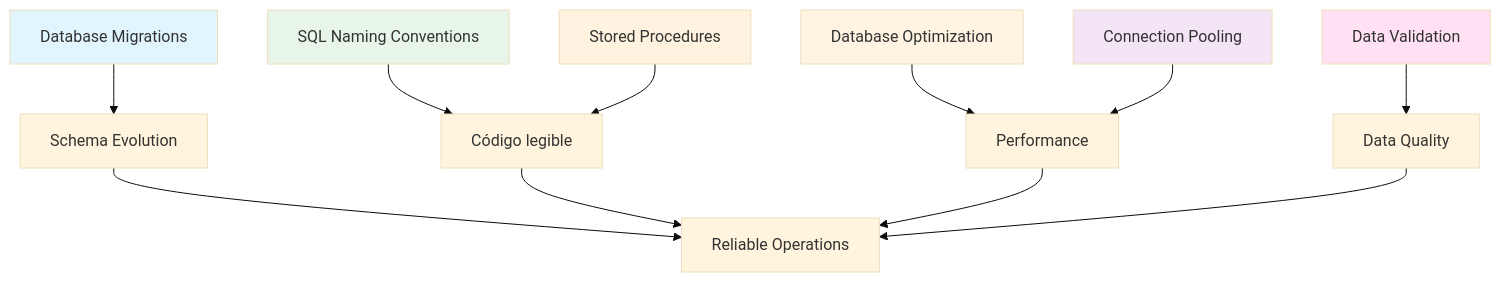
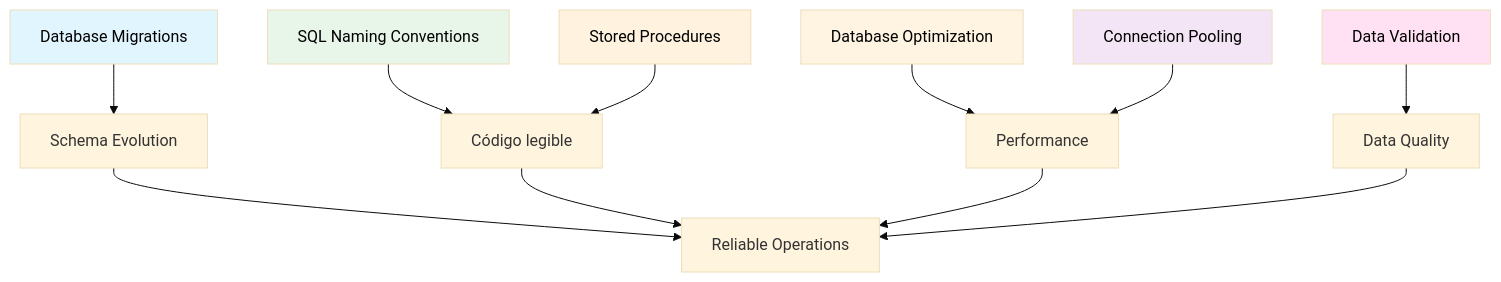
The diagram in docs/fundamentos-corporativos/estandares/datos/database-standards.md (jclemente-tlm/tlm-doc-architecture), drawn with Mermaid (base theme) before and after one commit. The commit also changed 21 other files, not shown here.

````diff
--- a/docs/fundamentos-corporativos/estandares/datos/database-standards.md
+++ b/docs/fundamentos-corporativos/estandares/datos/database-standards.md
@@ -45,20 +45,20 @@
 ```mermaid
 graph TB
     A[Database Migrations] --> B[Schema Evolution]
     C[SQL Naming Conventions] --> F[Código legible]
     D[Stored Procedures] --> F
     E[Database Optimization] --> G[Performance]
     H[Connection Pooling] --> G
     I[Data Validation] --> J[Data Quality]
     B --> K[Reliable Operations]
     F --> K
     G --> K
     J --> K
 
-    style A fill:#e1f5ff
-    style C fill:#e8f5e9
-    style D fill:#fff3e0
-    style E fill:#fff4e1
-    style H fill:#f3e5f5
-    style I fill:#ffe1f3
+    style A fill:#e1f5ff,color:#000000
+    style C fill:#e8f5e9,color:#000000
+    style D fill:#fff3e0,color:#000000
+    style E fill:#fff4e1,color:#000000
+    style H fill:#f3e5f5,color:#000000
+    style I fill:#ffe1f3,color:#000000
 ```
````
